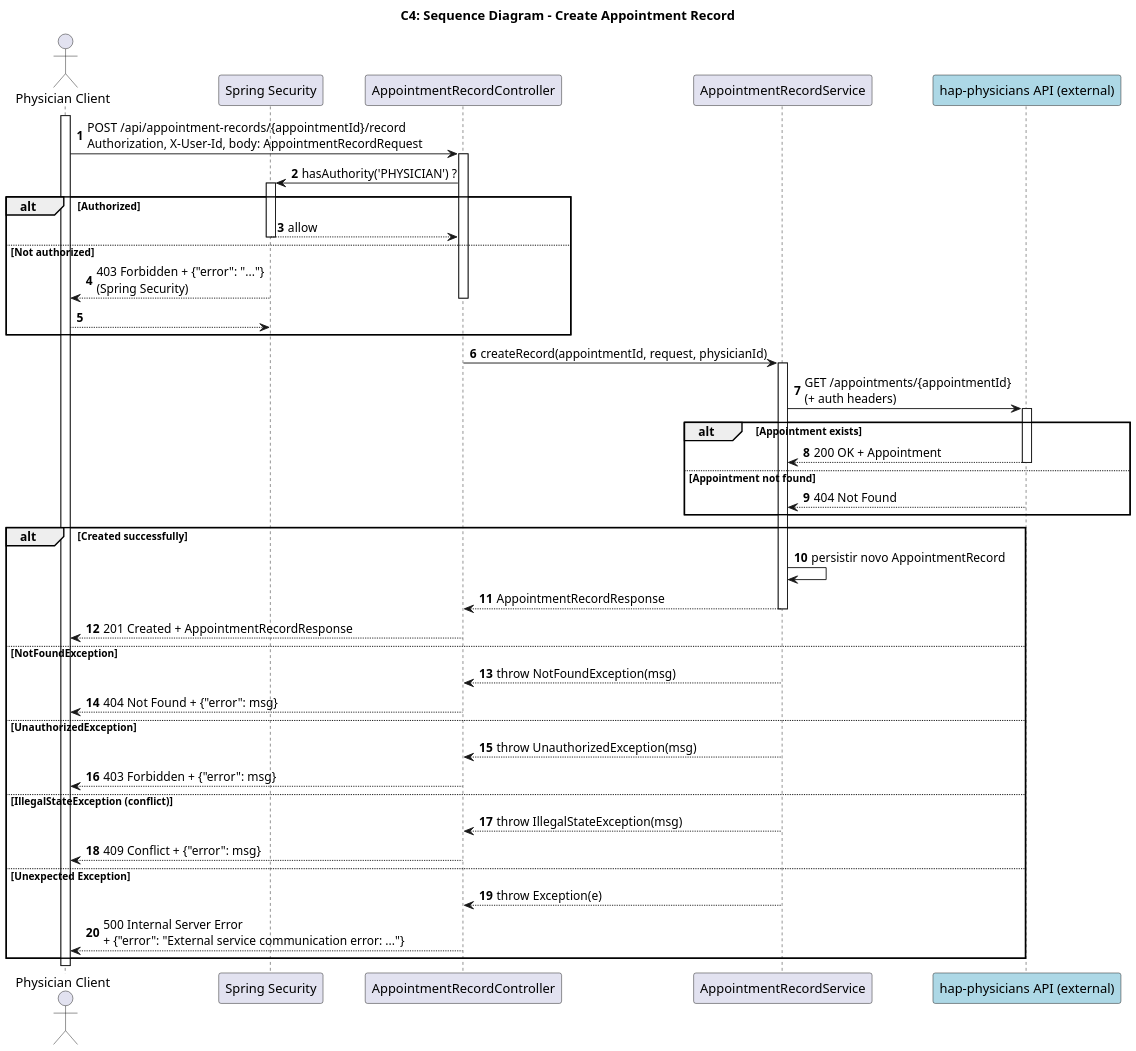
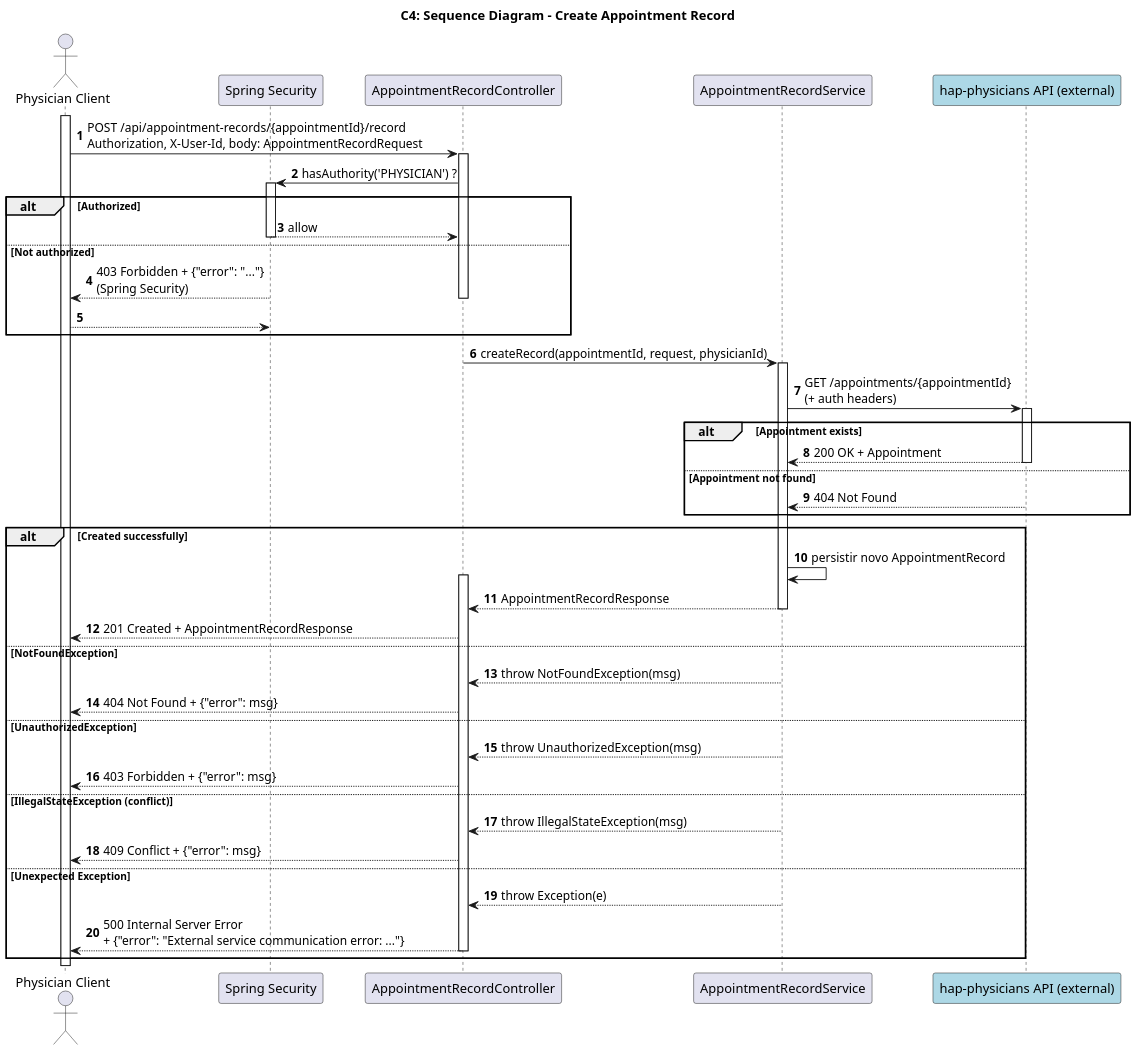
Before and after one commit to pedrods05/LETI_SIDIS_3DA_6: the diagram in DOCS/C4+1/C4+1-CreateAppointmentRecord-Sequence.puml, drawn with PlantUML. The commit also changed 8 other files, not shown here.

Commit message:
diagramas

```diff
--- a/DOCS/C4+1/C4+1-CreateAppointmentRecord-Sequence.puml
+++ b/DOCS/C4+1/C4+1-CreateAppointmentRecord-Sequence.puml
@@ -1,76 +1,74 @@
 @startuml
 ' C4+1 — Create Appointment Record (layered)
 skinparam dpi 150
 skinparam shadowing false
 skinparam DefaultFontName Arial
 
 title C4: Sequence Diagram - Create Appointment Record
 
 actor "Physician Client" as C
 participant "Spring Security" as SEC
 participant "AppointmentRecordController" as ARC
 participant "AppointmentRecordService" as ARS
 participant "hap-physicians API (external)" as HPHY #lightblue
 
 autonumber
 activate C
 ' ---- Request & Security Gate ----
 C -> ARC : POST /api/appointment-records/{appointmentId}/record\nAuthorization, X-User-Id, body: AppointmentRecordRequest
 activate ARC
 ARC -> SEC : hasAuthority('PHYSICIAN') ?
 activate SEC
 alt Authorized
   SEC --> ARC : allow
   deactivate SEC
 else Not authorized
   SEC --> C : 403 Forbidden + {"error": "..."}\n(Spring Security)
   deactivate SEC
   deactivate ARC
   return
 end
 
 ' ---- Controller -> Service ----
+activate ARC
 ARC -> ARS : createRecord(appointmentId, request, physicianId)
 activate ARS
 
 ' ---- External validation step ----
 ARS -> HPHY : GET /appointments/{appointmentId}\n(+ auth headers)
 activate HPHY
 alt Appointment exists
   HPHY --> ARS : 200 OK + Appointment
   deactivate HPHY
 else Appointment not found
   HPHY --> ARS : 404 Not Found
   deactivate HPHY
 end
 
 ' ---- Outcomes mapped às exceções/HTTP do controller ----
 alt Created successfully
   ARS -> ARS : persistir novo AppointmentRecord
+  activate ARC
   ARS --> ARC : AppointmentRecordResponse
   deactivate ARS
   ARC --> C : 201 Created + AppointmentRecordResponse
-  deactivate ARC
 else NotFoundException
   ARS --> ARC : throw NotFoundException(msg)
   deactivate ARS
   ARC --> C : 404 Not Found + {"error": msg}
-  deactivate ARC
 else UnauthorizedException
   ARS --> ARC : throw UnauthorizedException(msg)
   deactivate ARS
   ARC --> C : 403 Forbidden + {"error": msg}
-  deactivate ARC
 else IllegalStateException (conflict)
   ARS --> ARC : throw IllegalStateException(msg)
   deactivate ARS
   ARC --> C : 409 Conflict + {"error": msg}
-  deactivate ARC
 else Unexpected Exception
   ARS --> ARC : throw Exception(e)
   deactivate ARS
   ARC --> C : 500 Internal Server Error\n+ {"error": "External service communication error: ..."}
   deactivate ARC
 end
 
 @enduml
```
